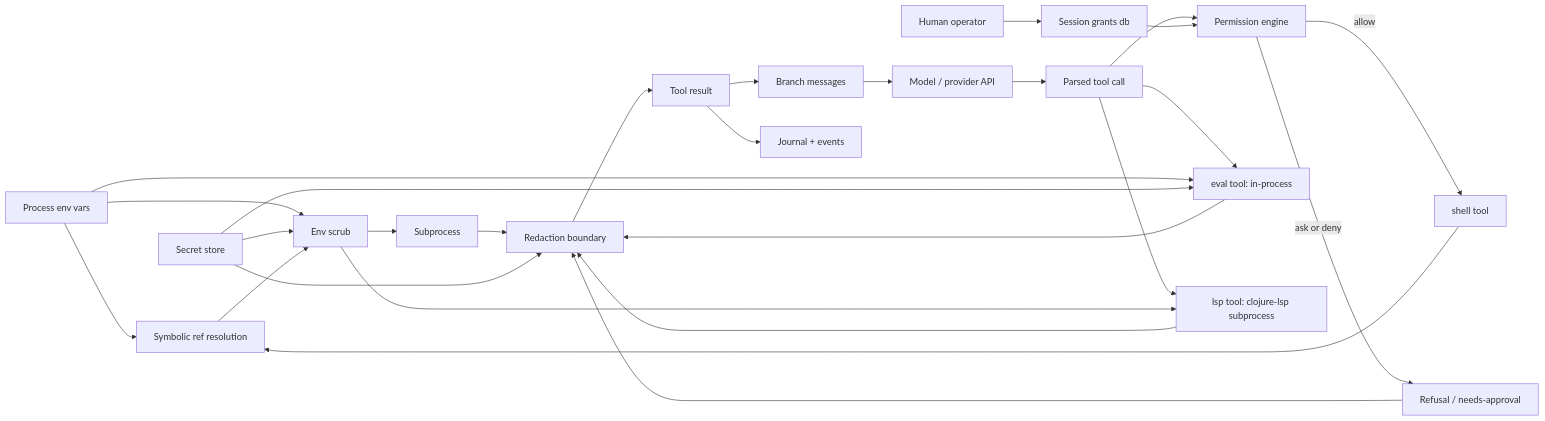
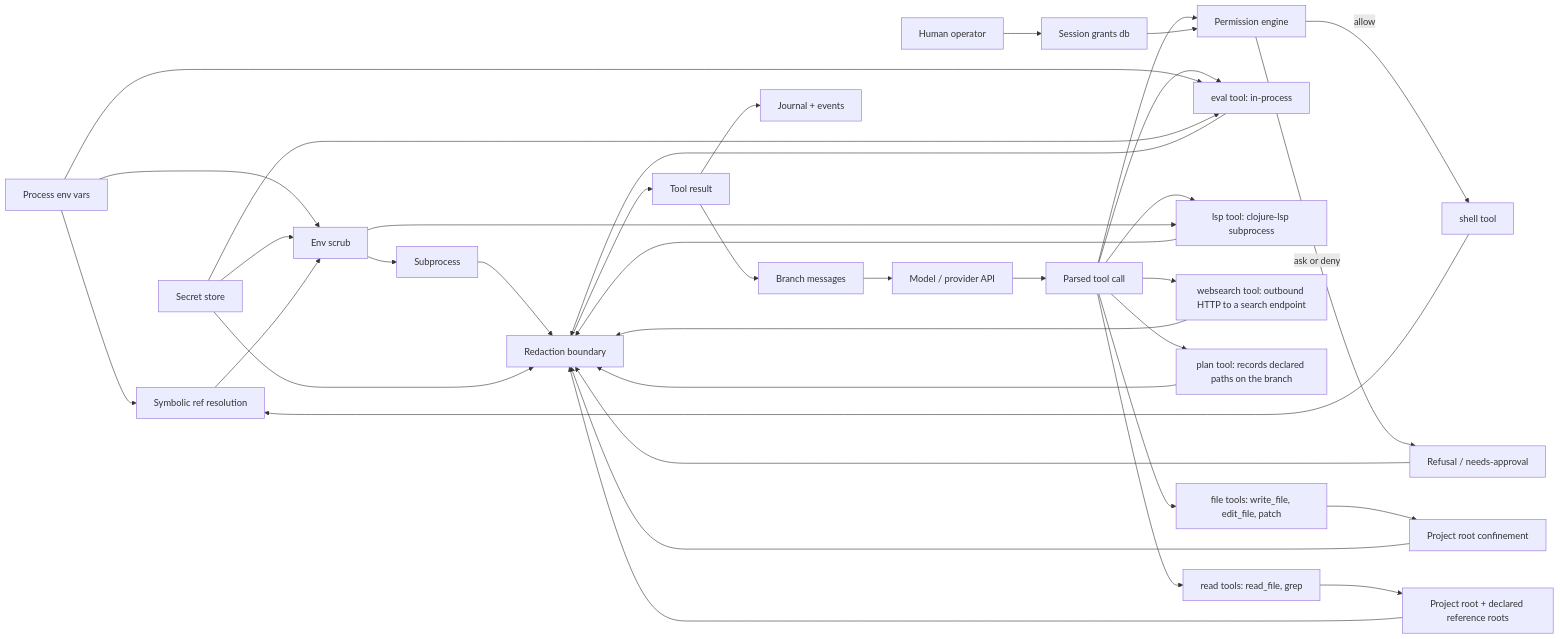
Before and after one commit to casselc/samizdat: the diagram in docs/RFCS/RFC-003-security-model.md, drawn with Mermaid. The commit also changed other lines of this file and 162 other files, not shown here.

````diff
--- a/docs/RFCS/RFC-003-security-model.md
+++ b/docs/RFCS/RFC-003-security-model.md
@@ -50,50 +50,70 @@
 ```mermaid
 flowchart LR
     env[Process env vars]
     secrets[Secret store]
     human[Human operator]
     model[Model / provider API]
     messages[Branch messages]
     journal[Journal + events]
     toolcall[Parsed tool call]
     perm[Permission engine]
     grants[Session grants db]
     refusal[Refusal / needs-approval]
     shell[shell tool]
     resolve[Symbolic ref resolution]
     scrub[Env scrub]
     sub[Subprocess]
     redact[Redaction boundary]
     result[Tool result]
     eval[eval tool: in-process]
 
     model --> toolcall
     toolcall --> perm
     grants --> perm
     human --> grants
     perm -->|allow| shell
     perm -->|ask or deny| refusal
     refusal --> redact
     shell --> resolve
     env --> resolve
     env --> scrub
     secrets --> scrub
     resolve --> scrub
     scrub --> sub
     sub --> redact
     secrets --> redact
     redact --> result
     result --> messages
     result --> journal
     messages --> model
 
     toolcall --> eval
     env --> eval
     secrets --> eval
     eval --> redact
 
     lsp[lsp tool: clojure-lsp subprocess]
     toolcall --> lsp
     scrub --> lsp
     lsp --> redact
+
+    websearch[websearch tool: outbound HTTP to a search endpoint]
+    toolcall --> websearch
+    websearch --> redact
+
+    plan[plan tool: records declared paths on the branch]
+    toolcall --> plan
+    plan --> redact
+
+    files[file tools: write_file, edit_file, patch]
+    root[Project root confinement]
+    toolcall --> files
+    files --> root
+    root --> redact
+
+    reads[read tools: read_file, grep]
+    readroots[Project root + declared reference roots]
+    toolcall --> reads
+    reads --> readroots
+    readroots --> redact
 ```
````
